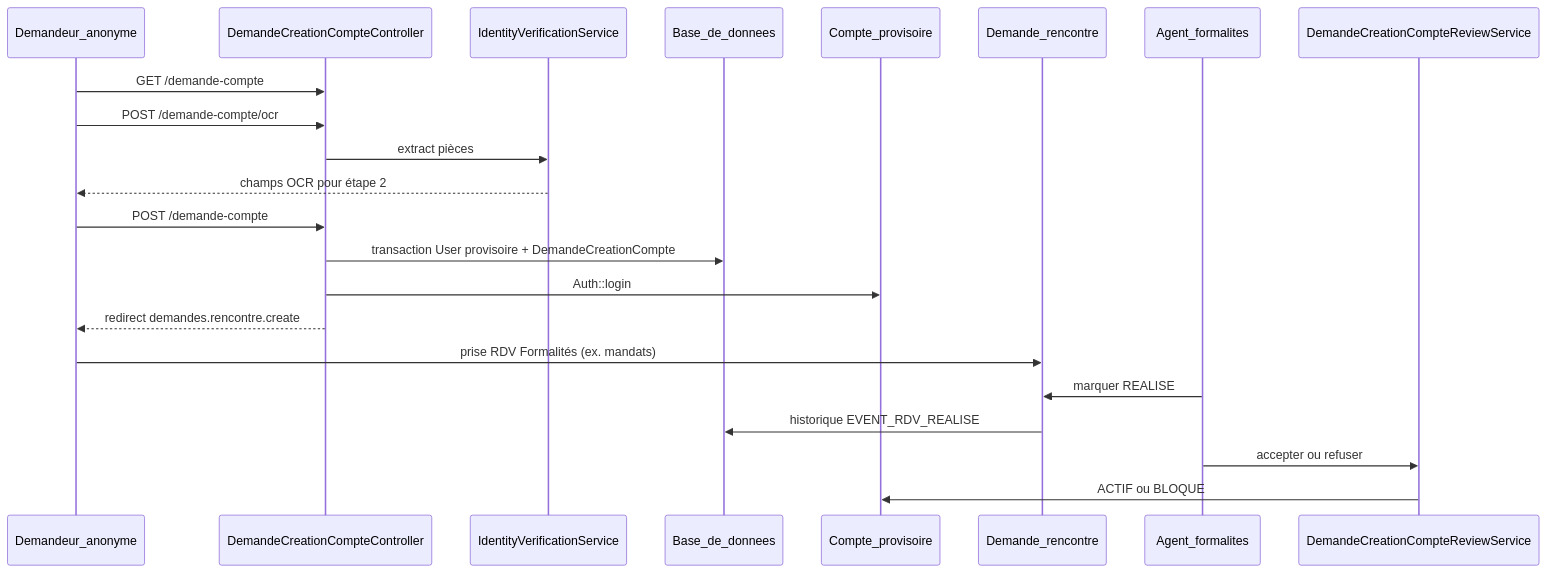
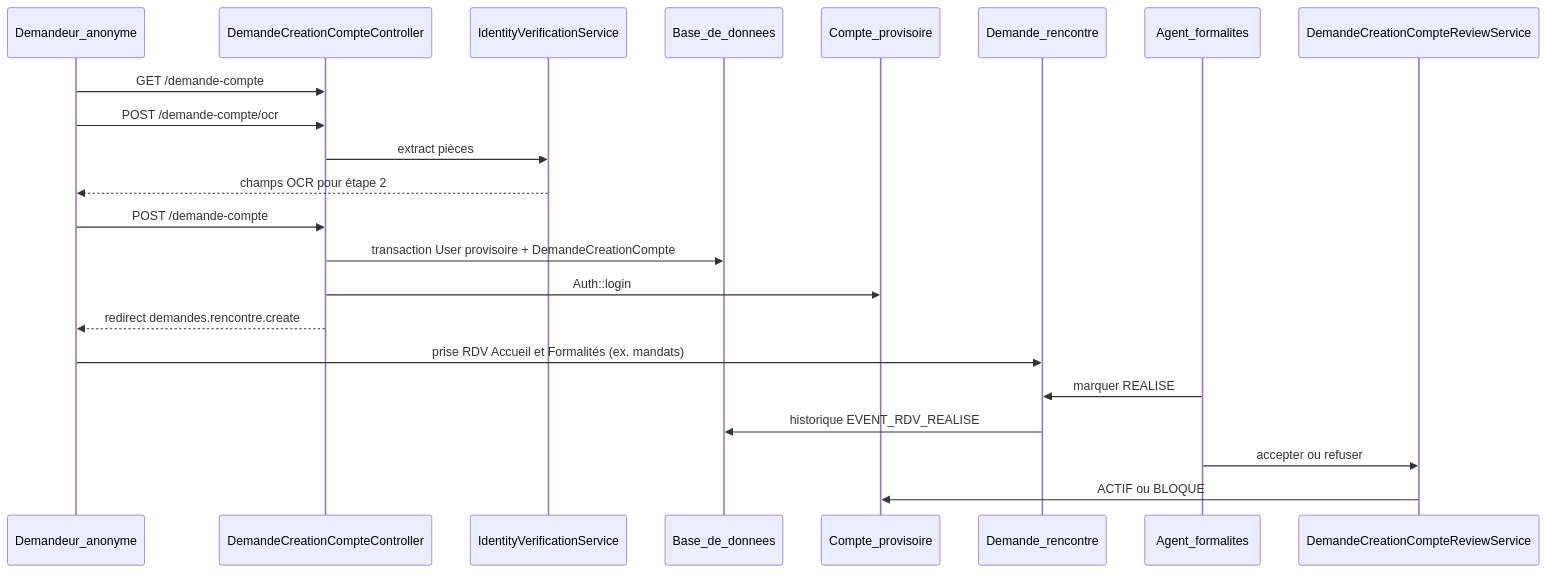
One commit to senburbensnew/direction-pension-civile changed the diagram in documentation/demande-creation-compte.md. Above: the diagram before and after it, drawn with Mermaid. The commit also changed other lines of this file and 512 other files, not shown here.

````diff
--- a/documentation/demande-creation-compte.md
+++ b/documentation/demande-creation-compte.md
@@ -13,25 +13,25 @@
 ```mermaid
 sequenceDiagram
     participant Public as Demandeur_anonyme
     participant Ctrl as DemandeCreationCompteController
     participant OCR as IdentityVerificationService
     participant DB as Base_de_donnees
     participant User as Compte_provisoire
     participant RDV as Demande_rencontre
     participant Agent as Agent_formalites
     participant Review as DemandeCreationCompteReviewService
 
     Public->>Ctrl: GET /demande-compte
     Public->>Ctrl: POST /demande-compte/ocr
     Ctrl->>OCR: extract pièces
     OCR-->>Public: champs OCR pour étape 2
     Public->>Ctrl: POST /demande-compte
     Ctrl->>DB: transaction User provisoire + DemandeCreationCompte
     Ctrl->>User: Auth::login
     Ctrl-->>Public: redirect demandes.rencontre.create
-    Public->>RDV: prise RDV Formalités (ex. mandats)
+    Public->>RDV: prise RDV Accueil et Formalités (ex. mandats)
     Agent->>RDV: marquer REALISE
     RDV->>DB: historique EVENT_RDV_REALISE
     Agent->>Review: accepter ou refuser
     Review->>User: ACTIF ou BLOQUE
 ```
````
